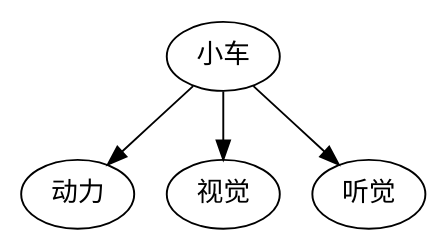
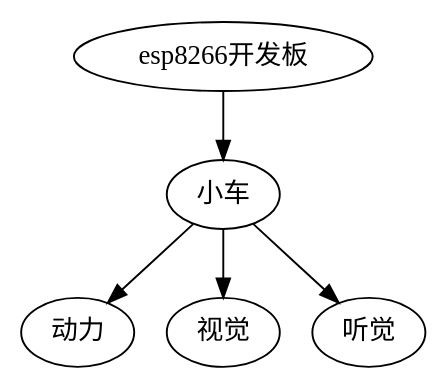
Before and after one commit to nijisakai/learn-ai: the first of 2 diagrams in README.md, drawn with Graphviz. The commit also changed other lines of this file and 1 other file, not shown here.

````diff
--- a/README.md
+++ b/README.md
@@ -1218,7 +794,8 @@
 ```dot
 digraph 第三章大纲 {
+  esp8266开发板 -> 小车
   小车 -> 动力
   小车 -> 视觉
   小车 -> 听觉
 }
 ```
````
